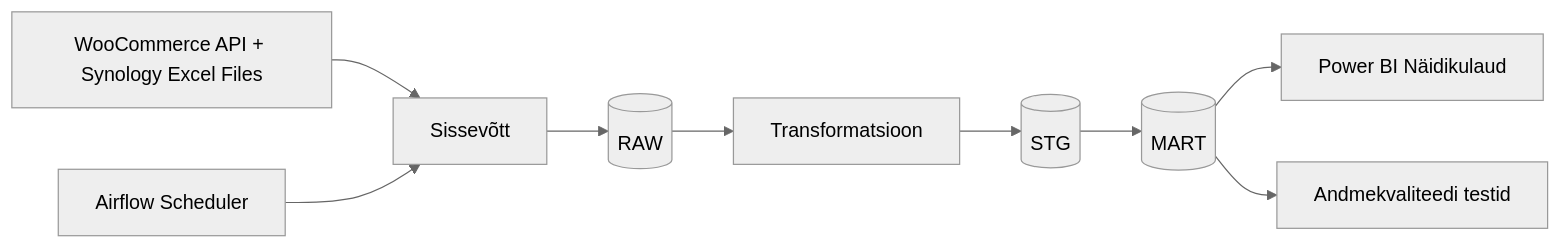
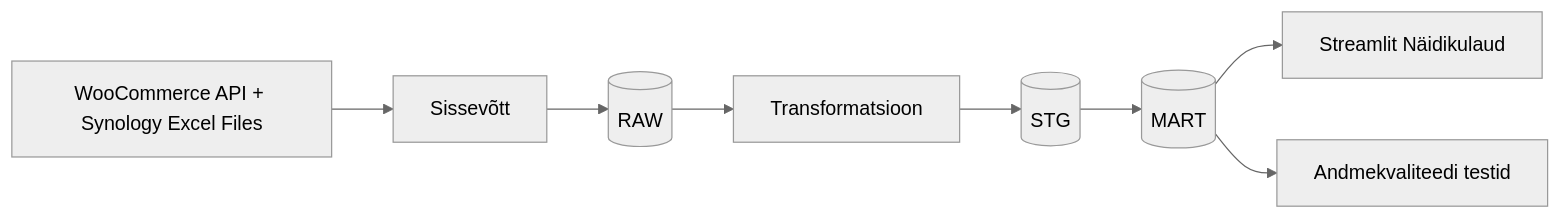
The diagram in docs/arhitektuur.md (lisannesin/data-engineering-project), drawn with Mermaid (neutral theme) before and after one commit. The commit also changed other lines of this file and 1 other file, not shown here.

````diff
--- a/docs/arhitektuur.md
+++ b/docs/arhitektuur.md
@@ -36,11 +33,10 @@
 ```mermaid
 flowchart LR
     source[WooCommerce API + Synology Excel Files] --> ingest[Sissevõtt]
-    scheduler[Airflow Scheduler] --> ingest
     ingest --> raw[(RAW)]
     raw --> transform[Transformatsioon]
     transform --> stg[(STG)]
     stg --> mart[(MART)]
-    mart --> dashboard[Power BI Näidikulaud]
+    mart --> dashboard[Streamlit Näidikulaud]
     mart --> quality[Andmekvaliteedi testid]
 ```
````
